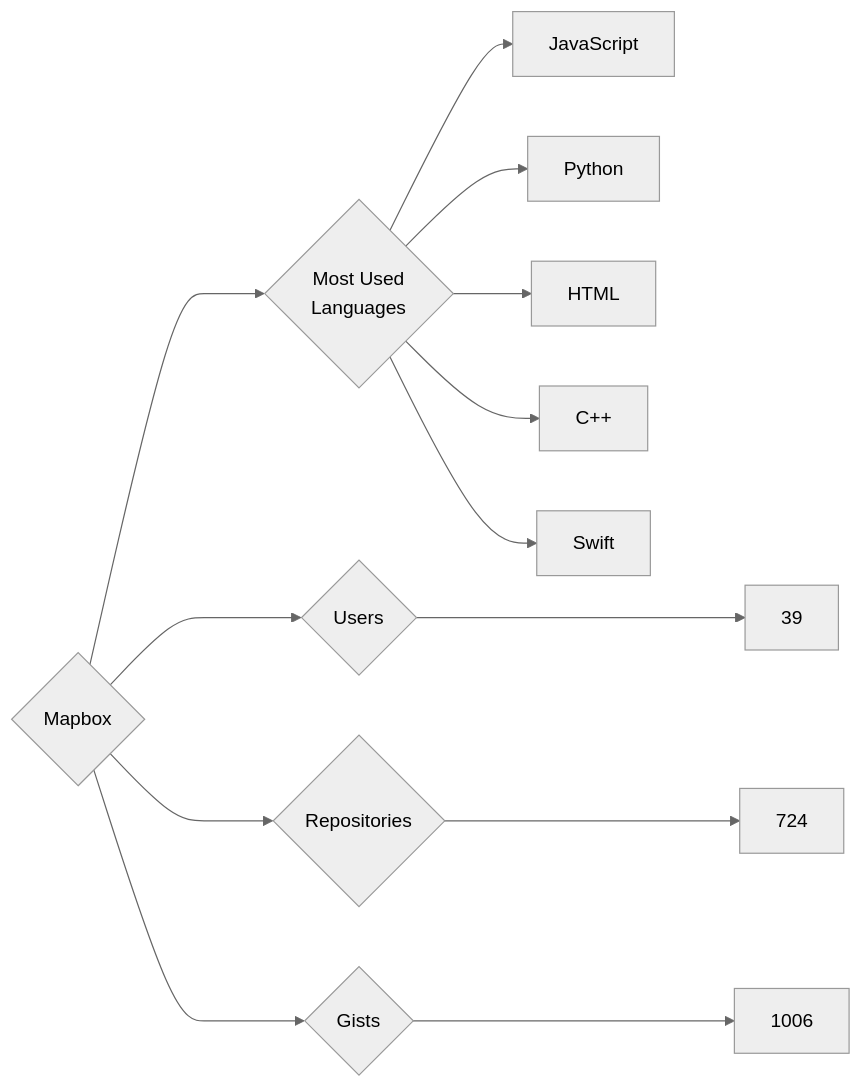
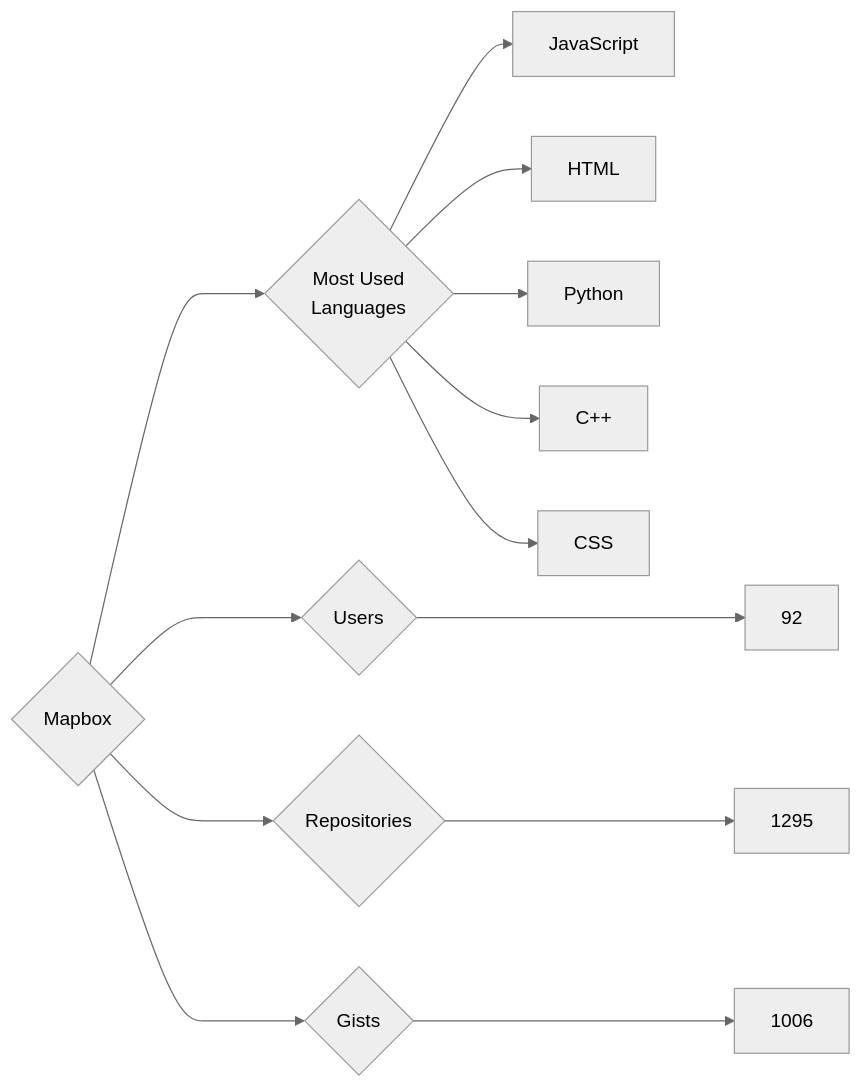
Before and after one commit to trickest/insiders: the diagram in targets/Mapbox/README.md, drawn with Mermaid (neutral theme). The commit also changed 765 other files, not shown here.

````diff
--- a/targets/Mapbox/README.md
+++ b/targets/Mapbox/README.md
@@ -3,13 +3,13 @@
 ```mermaid
 graph LR
 COMPANY_NAME{Mapbox}
-COMPANY_NAME ---> U{Users} ---> UN[39]
-COMPANY_NAME ---> R{Repositories} ---> RN[724]
+COMPANY_NAME ---> U{Users} ---> UN[92]
+COMPANY_NAME ---> R{Repositories} ---> RN[1295]
 COMPANY_NAME ---> G{Gists} ---> GN[1006]
 COMPANY_NAME ---> ML{Most Used<br>Languages}
 ML --> JavaScript[JavaScript]
+ML --> HTML[HTML]
 ML --> Python[Python]
-ML --> HTML[HTML]
 ML --> C++[C++]
-ML --> Swift[Swift]
+ML --> CSS[CSS]
 ```
````
